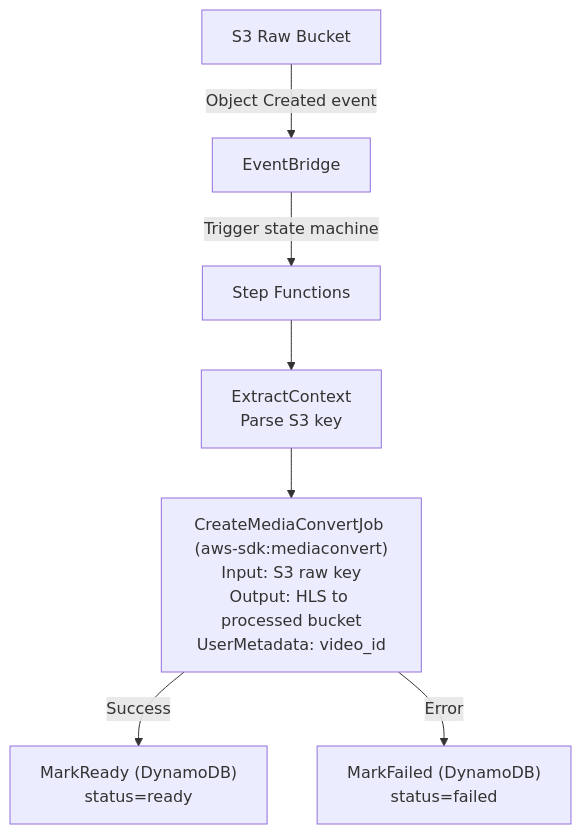
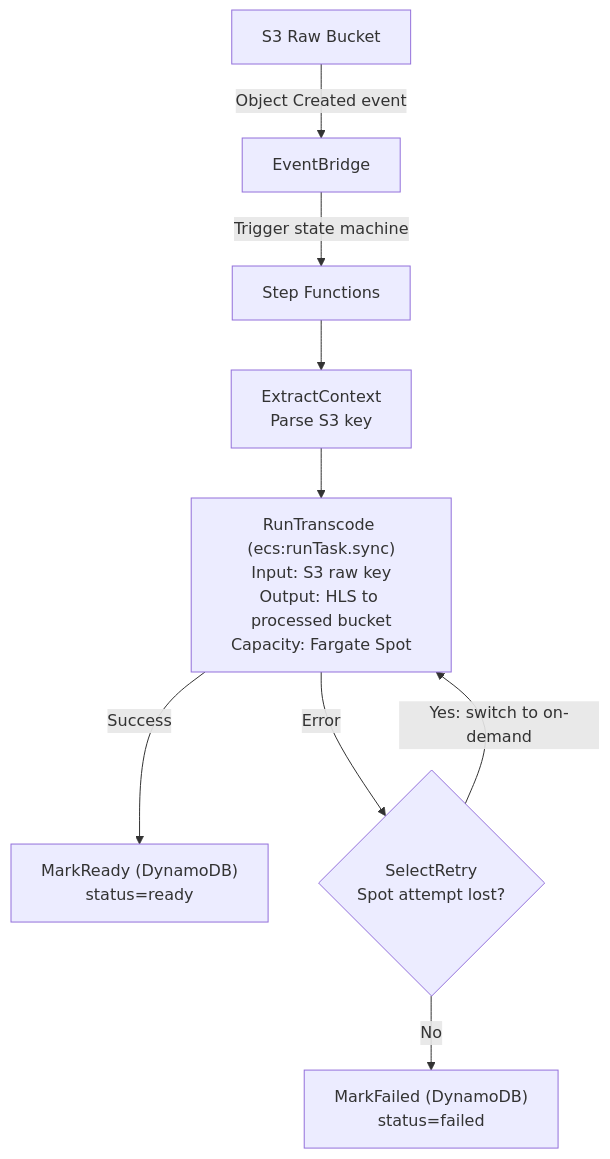
The third of 5 diagrams in docs/ARCHITECTURE.md (wykswr/cloudcast), drawn with Mermaid before and after one commit. The commit also changed other lines of this file and 24 other files, not shown here.

First line of the commit message:
Transcode with ffmpeg on Fargate Spot instead of MediaConvert

````diff
--- a/docs/ARCHITECTURE.md
+++ b/docs/ARCHITECTURE.md
@@ -149,9 +155,11 @@
 ```mermaid
 flowchart TD
     S3["S3 Raw Bucket"] -->|Object Created event| EB["EventBridge"]
     EB -->|Trigger state machine| SF["Step Functions"]
     SF --> Extract["ExtractContext<br/>Parse S3 key"]
-    Extract --> MC["CreateMediaConvertJob (aws-sdk:mediaconvert)<br/>Input: S3 raw key<br/>Output: HLS to processed bucket<br/>UserMetadata: video_id"]
+    Extract --> MC["RunTranscode (ecs:runTask.sync)<br/>Input: S3 raw key<br/>Output: HLS to processed bucket<br/>Capacity: Fargate Spot"]
     MC -->|Success| Ready["MarkReady (DynamoDB)<br/>status=ready"]
-    MC -->|Error| Failed["MarkFailed (DynamoDB)<br/>status=failed"]
+    MC -->|Error| Retry{"SelectRetry<br/>Spot attempt lost?"}
+    Retry -->|Yes: switch to on-demand| MC
+    Retry -->|No| Failed["MarkFailed (DynamoDB)<br/>status=failed"]
 ```
````
